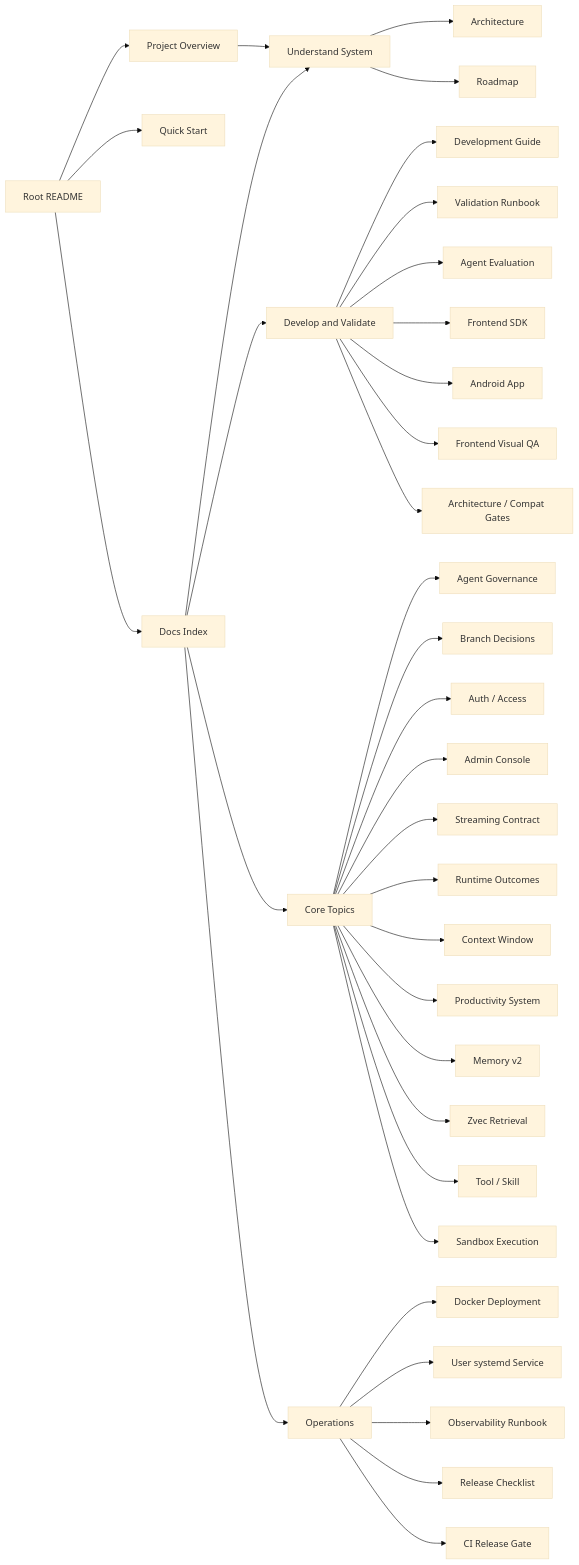
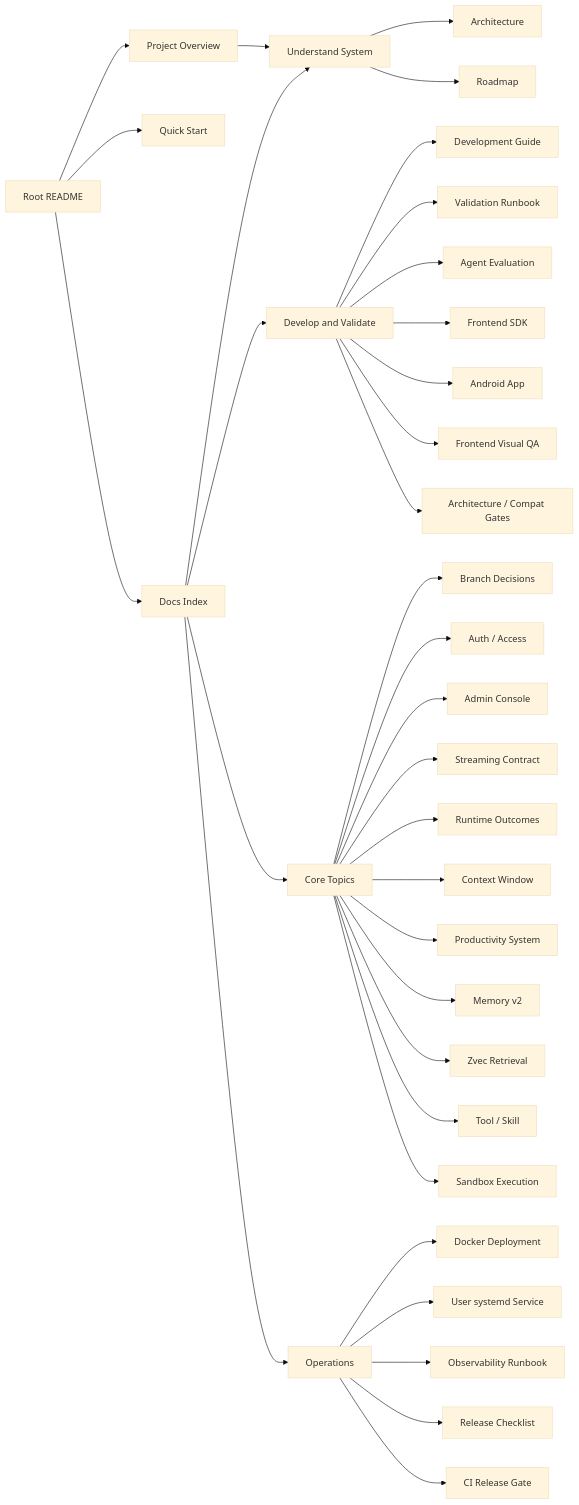
The diagram in docs/README.md (William-zgx/focus-agent), drawn with Mermaid (base theme) before and after one commit. The commit also changed other lines of this file and 141 other files, not shown here.

````diff
--- a/docs/README.md
+++ b/docs/README.md
@@ -15,37 +15,36 @@
 ```mermaid
 flowchart LR
     README["Root README"] --> Overview["Project Overview"]
     README --> Quick["Quick Start"]
     README --> Docs["Docs Index"]
     Overview --> Understand["Understand System"]
     Docs --> Understand
     Docs --> Develop["Develop and Validate"]
     Docs --> Topics["Core Topics"]
     Docs --> Ops["Operations"]
     Understand --> Architecture["Architecture"]
     Understand --> Roadmap["Roadmap"]
     Develop --> DevGuide["Development Guide"]
     Develop --> Validation["Validation Runbook"]
     Develop --> EvalGuide["Agent Evaluation"]
     Develop --> SDK["Frontend SDK"]
     Develop --> Android["Android App"]
     Develop --> FrontendQA["Frontend Visual QA"]
     Develop --> Debt["Architecture / Compat Gates"]
-    Topics --> Governance["Agent Governance"]
     Topics --> BranchDecision["Branch Decisions"]
     Topics --> AuthAccess["Auth / Access"]
     Topics --> Admin["Admin Console"]
     Topics --> Streaming["Streaming Contract"]
     Topics --> Outcomes["Runtime Outcomes"]
     Topics --> ContextWindow["Context Window"]
     Topics --> Productivity["Productivity System"]
     Topics --> Memory["Memory v2"]
     Topics --> Retrieval["Zvec Retrieval"]
     Topics --> Tools["Tool / Skill"]
     Topics --> Sandbox["Sandbox Execution"]
     Ops --> Docker["Docker Deployment"]
     Ops --> UserSystemd["User systemd Service"]
     Ops --> Observability["Observability Runbook"]
     Ops --> Release["Release Checklist"]
     Ops --> CIGate["CI Release Gate"]
 ```
````
